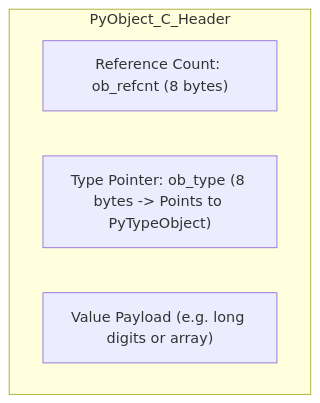
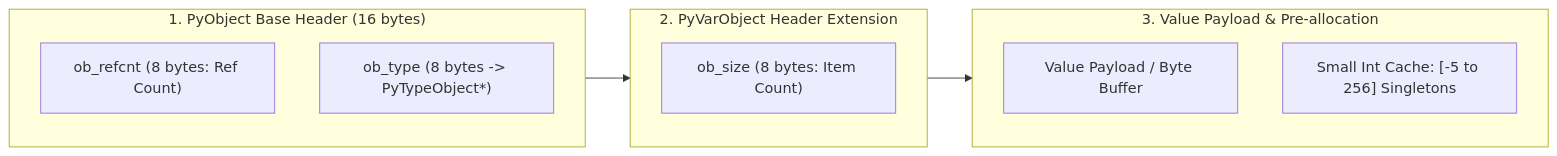
One commit to manojkumar-nt/tech-21-interview-handbook changed the diagram in books/python/02-everything-is-an-object-and-memory-model.md. Above: the diagram before and after it, drawn with Mermaid. The commit also changed other lines of this file and 2 other files, not shown here.

````diff
--- a/books/python/02-everything-is-an-object-and-memory-model.md
+++ b/books/python/02-everything-is-an-object-and-memory-model.md
@@ -17,8 +17,15 @@
 ```mermaid
-graph TD
-    subgraph PyObject_C_Header
-        Ref["Reference Count: ob_refcnt (8 bytes)"]
-        Type["Type Pointer: ob_type (8 bytes -> Points to PyTypeObject)"]
-        Val["Value Payload (e.g. long digits or array)"]
+graph LR
+    subgraph Header ["1. PyObject Base Header (16 bytes)"]
+        Ref["ob_refcnt (8 bytes: Ref Count)"]
+        Type["ob_type (8 bytes -> PyTypeObject*)"]
     end
+    subgraph VarHeader ["2. PyVarObject Header Extension"]
+        Size["ob_size (8 bytes: Item Count)"]
+    end
+    subgraph Storage ["3. Value Payload & Pre-allocation"]
+        Digits["Value Payload / Byte Buffer"]
+        Cache["Small Int Cache: [-5 to 256] Singletons"]
+    end
+    Header --> VarHeader --> Storage
 ```
````
